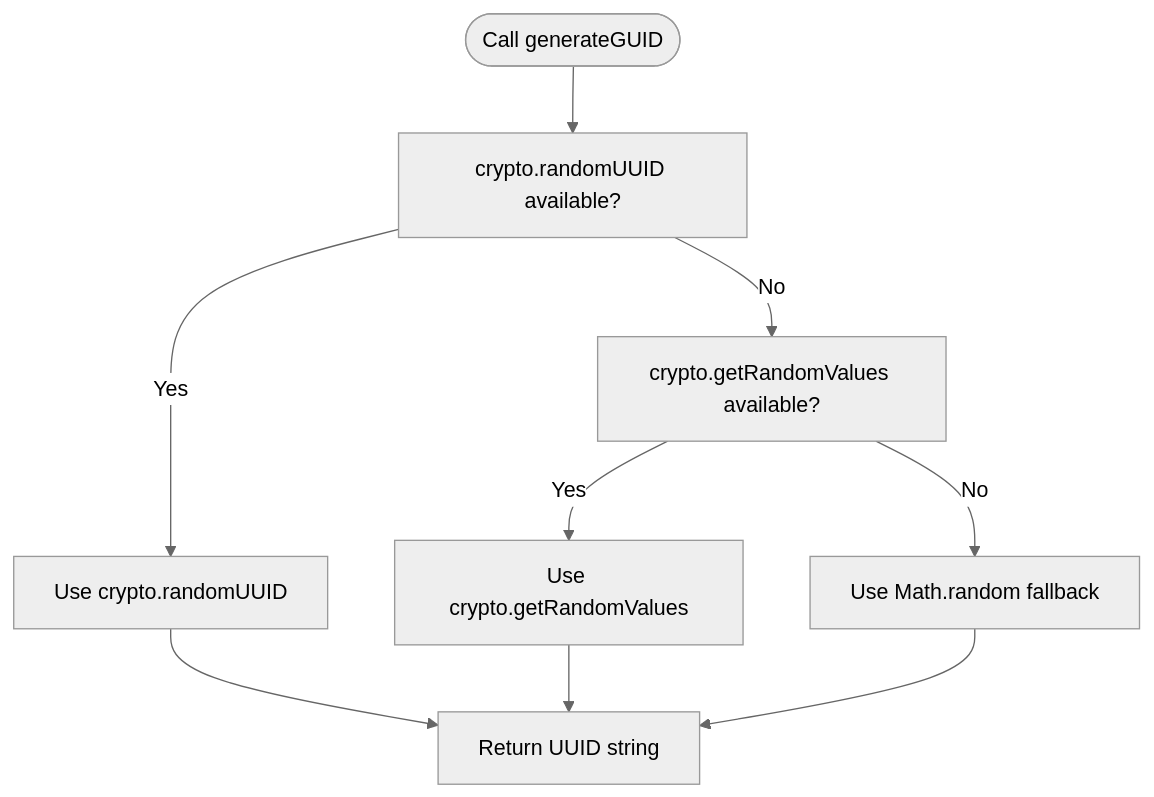
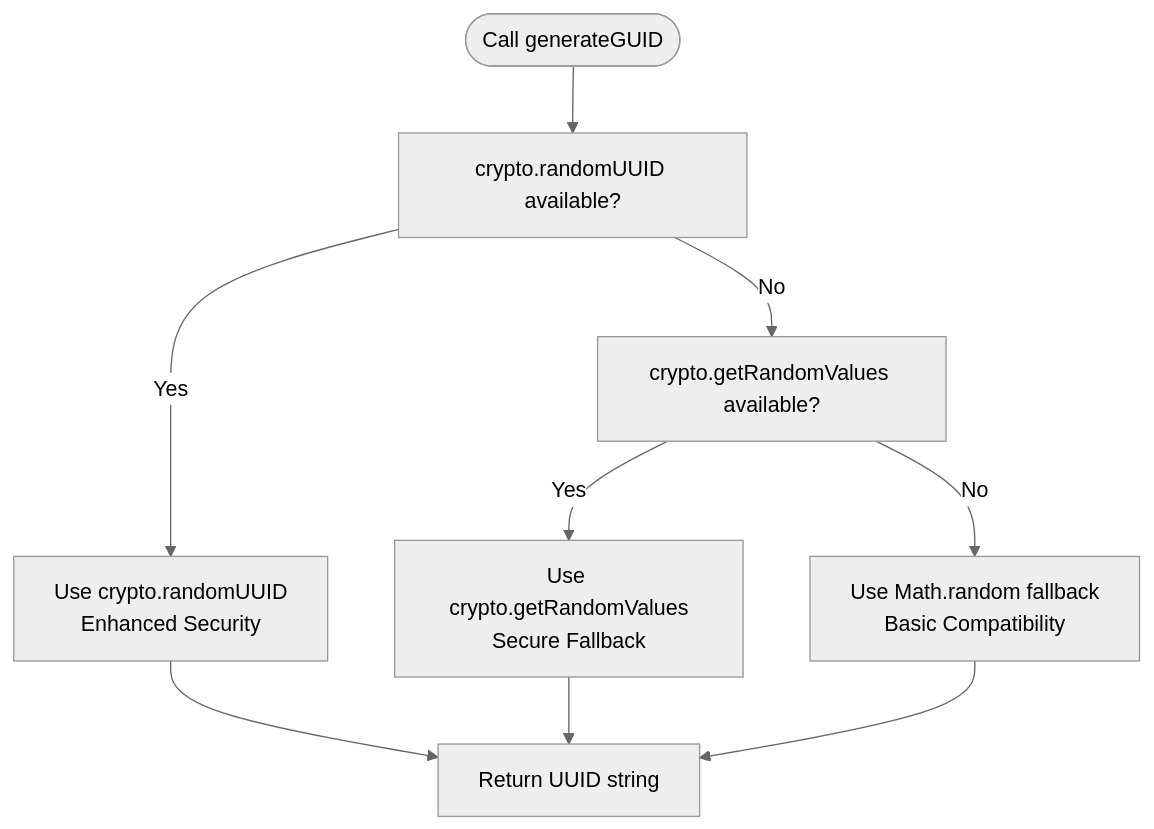
Before and after one commit to escaleraalcielo/developer-utilities: the sixth of 7 diagrams in .qoder/repowiki/en/content/Core Architecture/Modular Tool Design Patterns.md, drawn with Mermaid (neutral theme). The commit also changed other lines of this file and 3 other files, not shown here.

````diff
--- a/.qoder/repowiki/en/content/Core Architecture/Modular Tool Design Patterns.md
+++ b/.qoder/repowiki/en/content/Core Architecture/Modular Tool Design Patterns.md
@@ -278,11 +295,11 @@
 ```mermaid
 flowchart TD
 Start(["Call generateGUID"]) --> CheckCrypto["crypto.randomUUID available?"]
-CheckCrypto --> |Yes| UseRandomUUID["Use crypto.randomUUID"]
+CheckCrypto --> |Yes| UseRandomUUID["Use crypto.randomUUID<br/>Enhanced Security"]
 CheckCrypto --> |No| CheckRandVals["crypto.getRandomValues available?"]
-CheckRandVals --> |Yes| UseRandVals["Use crypto.getRandomValues"]
-CheckRandVals --> |No| UseMathRand["Use Math.random fallback"]
+CheckRandVals --> |Yes| UseRandVals["Use crypto.getRandomValues<br/>Secure Fallback"]
+CheckRandVals --> |No| UseMathRand["Use Math.random fallback<br/>Basic Compatibility"]
 UseRandomUUID --> Return["Return UUID string"]
 UseRandVals --> Return
 UseMathRand --> Return
 ```
````
